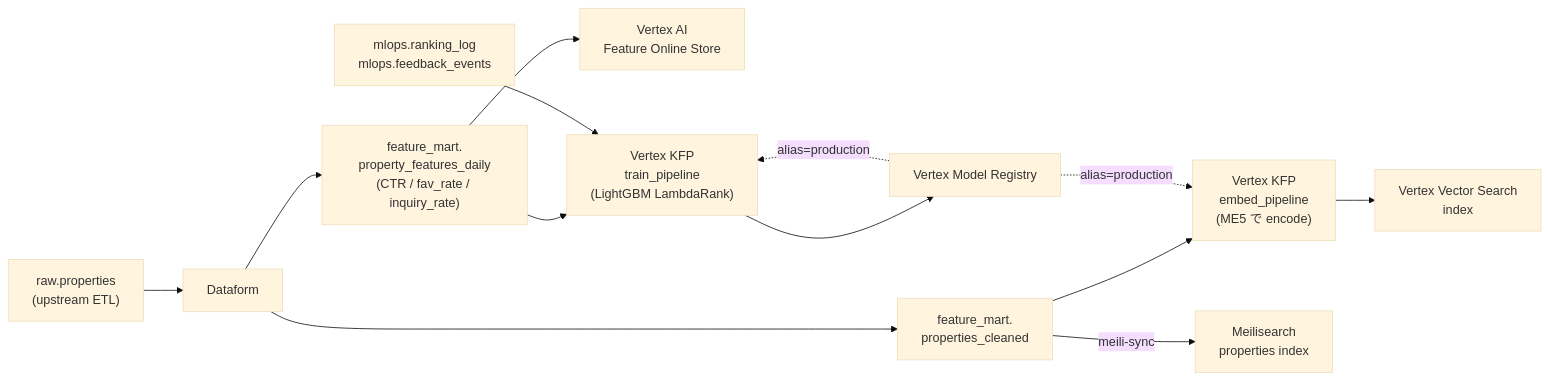
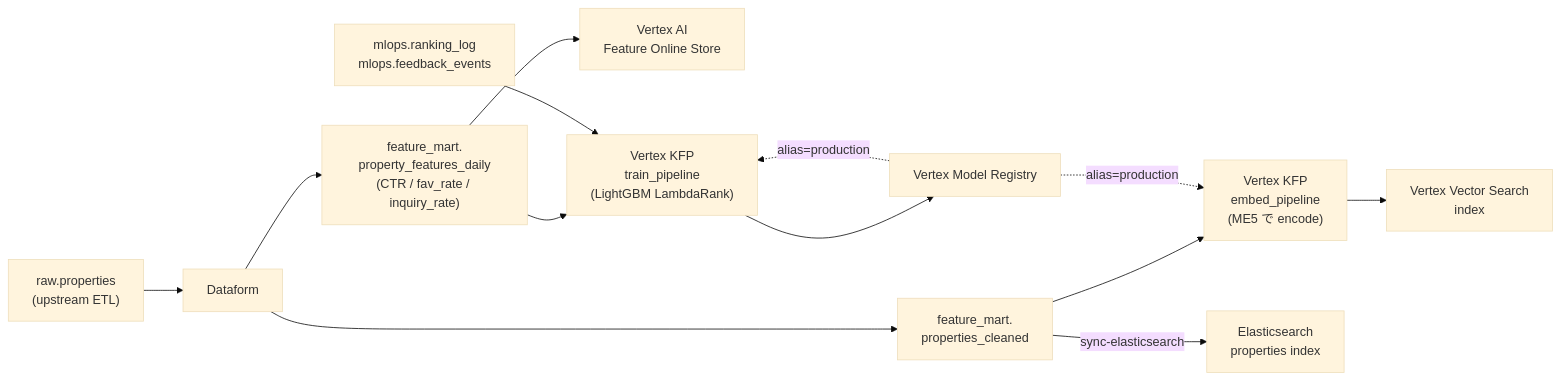
Before and after one commit to kurosawa-kuro/study-gcp-search-mlops-gke: the third of 5 diagrams in docs/architecture/01_仕様と設計.md, drawn with Mermaid (base theme). The commit also changed other lines of this file and 13 other files, not shown here.

````diff
--- a/docs/architecture/01_仕様と設計.md
+++ b/docs/architecture/01_仕様と設計.md
@@ -205,26 +205,26 @@
 ```mermaid
 flowchart LR
     Raw["raw.properties<br/>(upstream ETL)"]
     Df["Dataform"]
     PC["feature_mart.<br/>properties_cleaned"]
     PFD["feature_mart.<br/>property_features_daily<br/>(CTR / fav_rate / inquiry_rate)"]
     Embed["Vertex KFP<br/>embed_pipeline<br/>(ME5 で encode)"]
     VVS["Vertex Vector Search<br/>index"]
     FOS["Vertex AI<br/>Feature Online Store"]
-    Mei["Meilisearch<br/>properties index"]
+    Mei["Elasticsearch<br/>properties index"]
     Train["Vertex KFP<br/>train_pipeline<br/>(LightGBM LambdaRank)"]
     MR["Vertex Model Registry"]
     Log["mlops.ranking_log<br/>mlops.feedback_events"]
 
     Raw --> Df
     Df --> PC
     Df --> PFD
     PC --> Embed --> VVS
     PFD --> FOS
-    PC -->|meili-sync| Mei
+    PC -->|sync-elasticsearch| Mei
     PFD --> Train
     Log --> Train
     Train --> MR
     MR -.->|alias=production| Embed
     MR -.->|alias=production| Train
 ```
````
